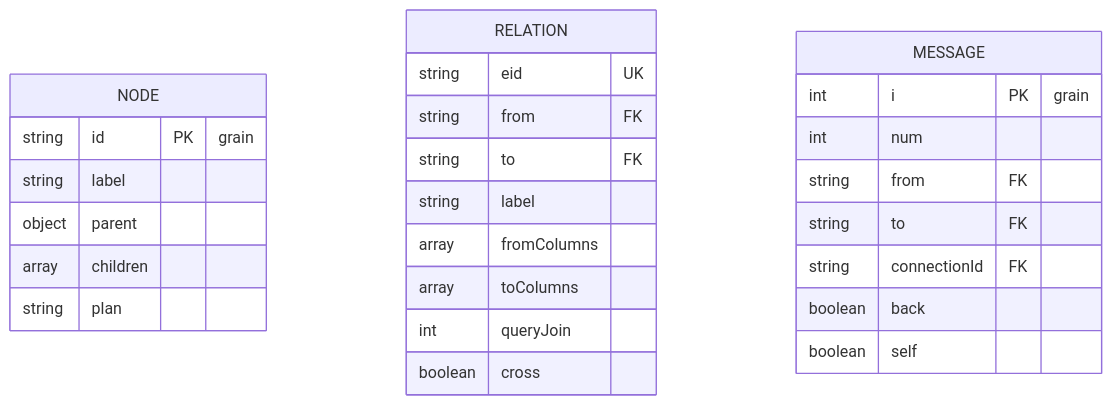
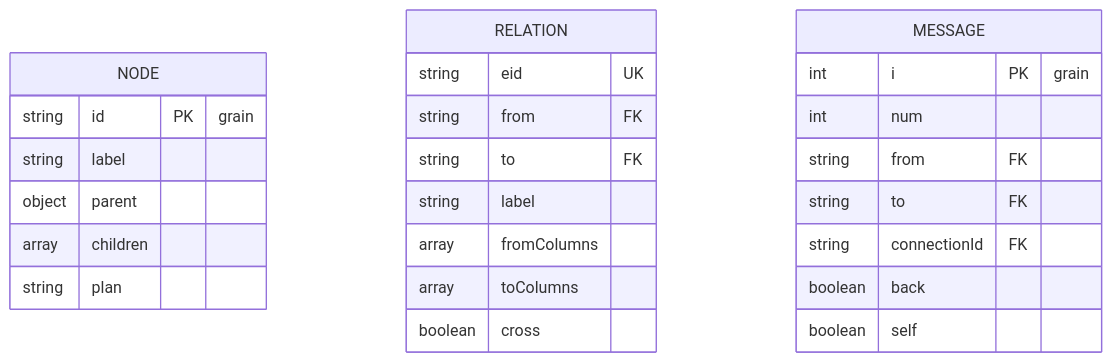
Diagram 15 of 17 in examples/maps/avagahana-architecture.md (nvsravank/avagahana), drawn with Mermaid before and after one commit. The commit also changed other lines of this file and 60 other files, not shown here.

Commit message:
WO-19: expandable query overview, one SQL reader, ER query path removed, wider SQL, shared parser tests, one Markdown reader, reading aids, skill rewrite

````diff
--- a/examples/maps/avagahana-architecture.md
+++ b/examples/maps/avagahana-architecture.md
@@ -864,31 +864,30 @@
 ```mermaid
 erDiagram
   NODE {
     string id PK "grain"
     string label
     object parent
     array children
     string plan
   }
   RELATION {
     string eid UK
     string from FK
     string to FK
     string label
     array fromColumns
     array toColumns
-    int queryJoin
     boolean cross
   }
   MESSAGE {
     int i PK "grain"
     int num
     string from FK
     string to FK
     string connectionId FK
     boolean back
     boolean self
   }
   NODE:::master
   class RELATION,MESSAGE transaction
 ```
````
